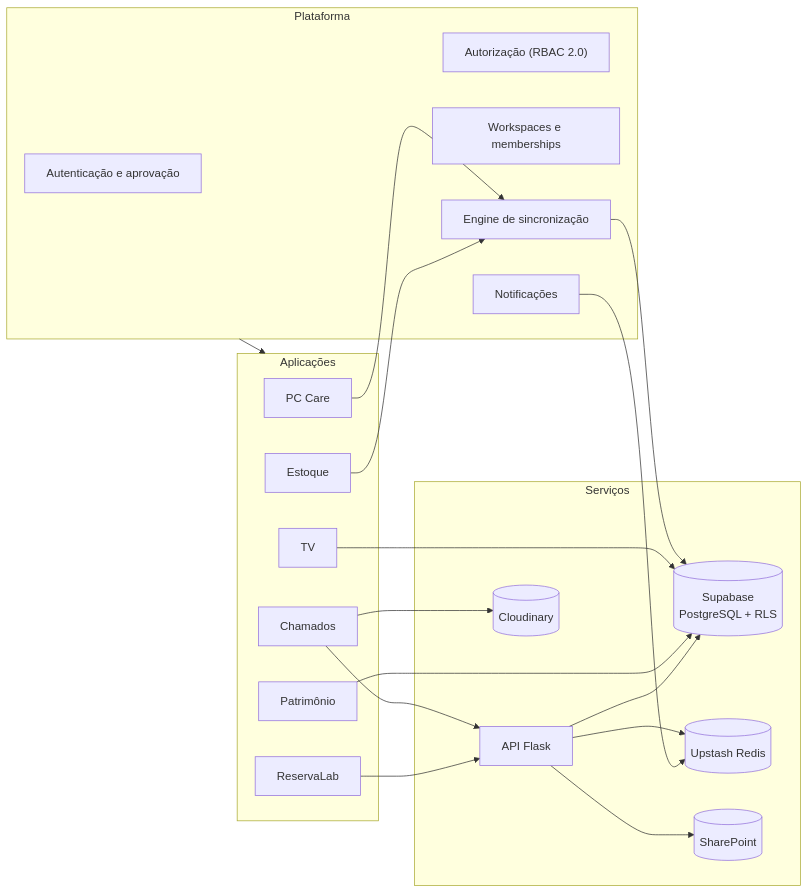
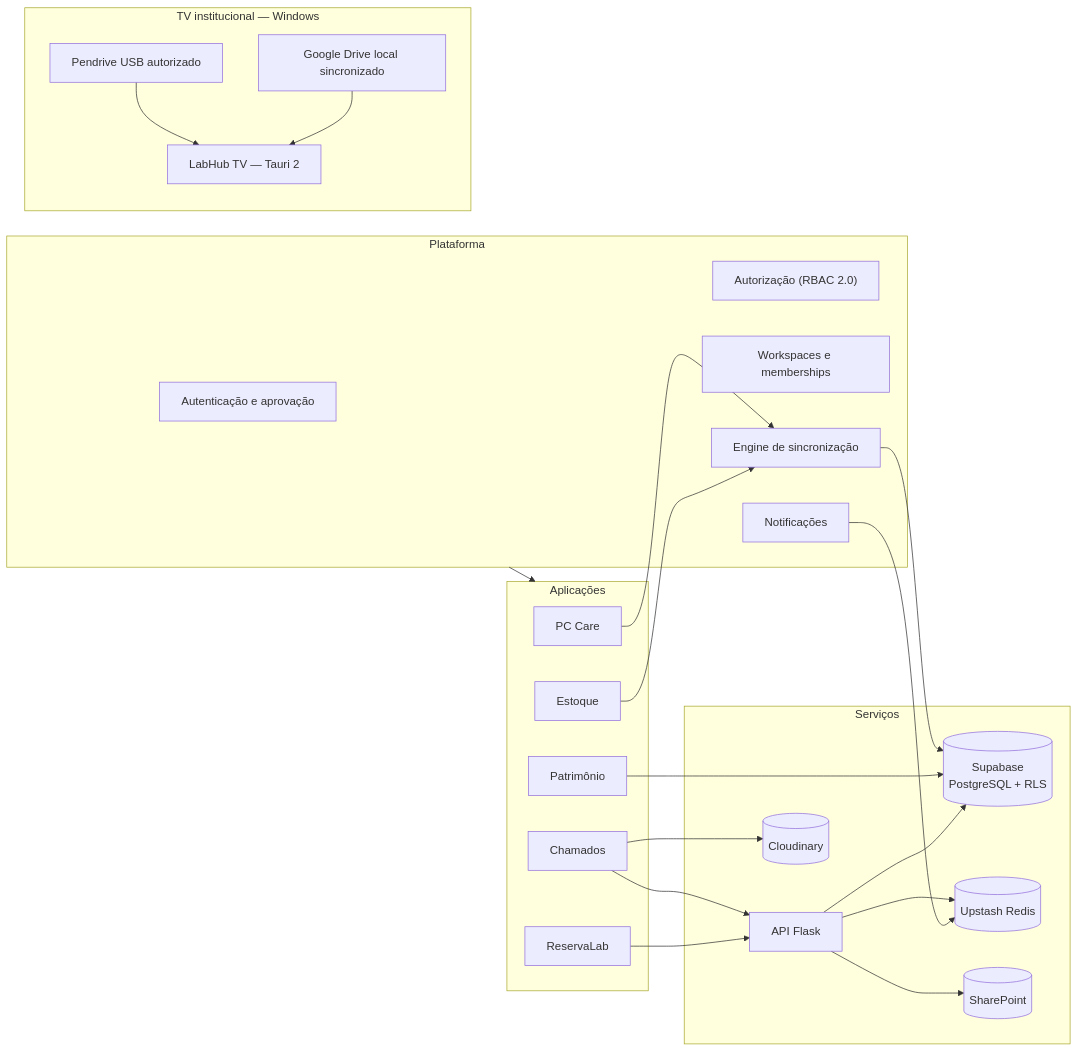
Before and after one commit to vihisantos/LabHub: the third of 5 diagrams in README.md, drawn with Mermaid. The commit also changed other lines of this file, not shown here.

Commit message:
docs(readme): document Tauri TV desktop and manual Windows installer

````diff
--- a/README.md
+++ b/README.md
@@ -237,41 +240,47 @@
 ```mermaid
 flowchart LR
     subgraph PLAT["Plataforma"]
         AUTH["Autenticação e aprovação"]
         RBAC["Autorização (RBAC 2.0)"]
         WS["Workspaces e memberships"]
         SYNC["Engine de sincronização"]
         NOTIF["Notificações"]
     end
 
     subgraph APPS["Aplicações"]
         CH["Chamados"]
         PC["PC Care"]
         ST["Estoque"]
         RL["ReservaLab"]
-        TV["TV"]
         PT["Patrimônio"]
     end
 
     subgraph SVC["Serviços"]
         SB[("Supabase<br/>PostgreSQL + RLS")]
         FL["API Flask"]
         RD[("Upstash Redis")]
         SP[("SharePoint")]
         CLD[("Cloudinary")]
     end
 
     PLAT --> APPS
     CH --> FL
     CH --> CLD
     RL --> FL
     PC --> SYNC
     ST --> SYNC
     SYNC --> SB
-    TV --> SB
     PT --> SB
     FL --> SB
     FL --> RD
     FL --> SP
     NOTIF --> RD
+
+    subgraph TVDESKTOP["TV institucional — Windows"]
+        USBAUTH["Pendrive USB autorizado"]
+        TVPLAYER["LabHub TV — Tauri 2"]
+        GDLOCAL["Google Drive local sincronizado"]
+        USBAUTH --> TVPLAYER
+        GDLOCAL --> TVPLAYER
+    end
 ```
````
